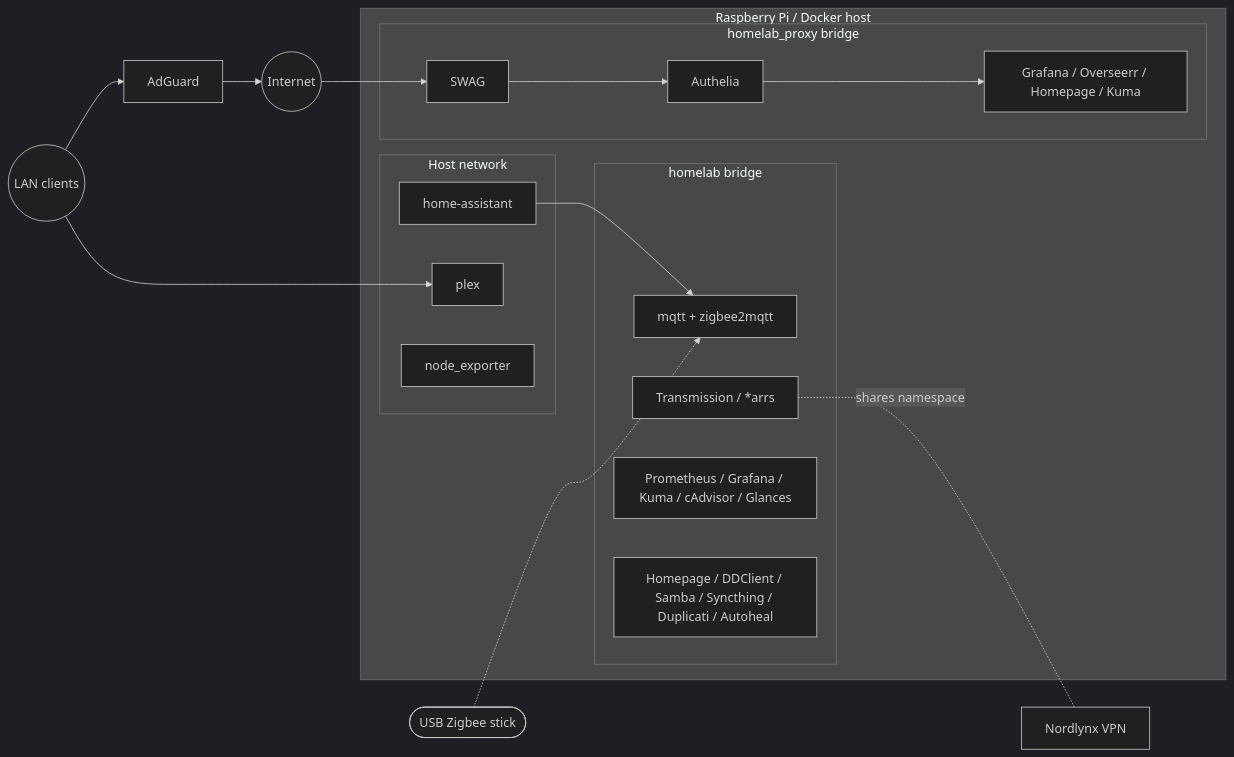
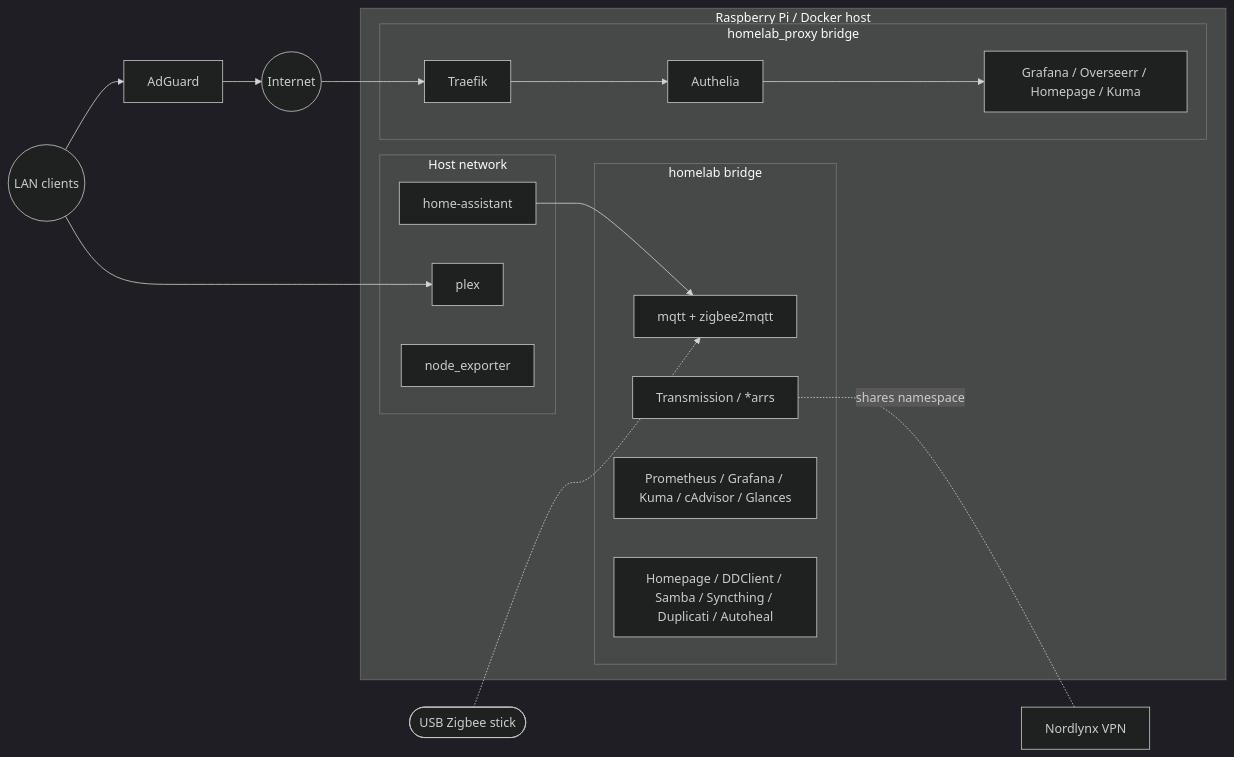
The diagram in README.md (AntoineGlacet/home-server), drawn with Mermaid (dark theme) before and after one commit. The commit also changed other lines of this file and 10 other files, not shown here.

````diff
--- a/README.md
+++ b/README.md
@@ -68,33 +68,33 @@
 ```mermaid
 flowchart LR
     subgraph Host["Raspberry Pi / Docker host"]
         subgraph HostNet["Host network"]
             homeassistant["home-assistant"]
             plex["plex"]
             nodeexporter["node_exporter"]
         end
 
         subgraph Homelab["homelab bridge"]
             mqtt["mqtt + zigbee2mqtt"]
             media["Transmission / *arrs"]
             monitoring["Prometheus / Grafana / Kuma / cAdvisor / Glances"]
             utilities["Homepage / DDClient / Samba / Syncthing / Duplicati / Autoheal"]
         end
 
         subgraph ProxyNet["homelab_proxy bridge"]
-            swag["SWAG"]
+            traefik["Traefik"]
             authelia["Authelia"]
             portals["Grafana / Overseerr / Homepage / Kuma"]
         end
     end
 
-    internet((Internet)) --> swag
-    swag --> authelia --> portals
+    internet((Internet)) --> traefik
+    traefik --> authelia --> portals
     lan((LAN clients)) --> adguard["AdGuard"]
     lan --> plex
 
     media -. shares namespace .- nordlynx["Nordlynx VPN"]
     homeassistant --> mqtt
     zigbee_usb(["USB Zigbee stick"]) -.-> mqtt
     adguard --> internet
 ```
````
